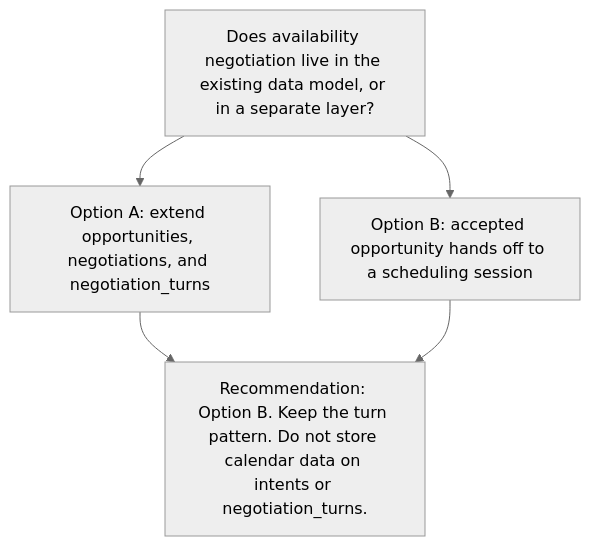
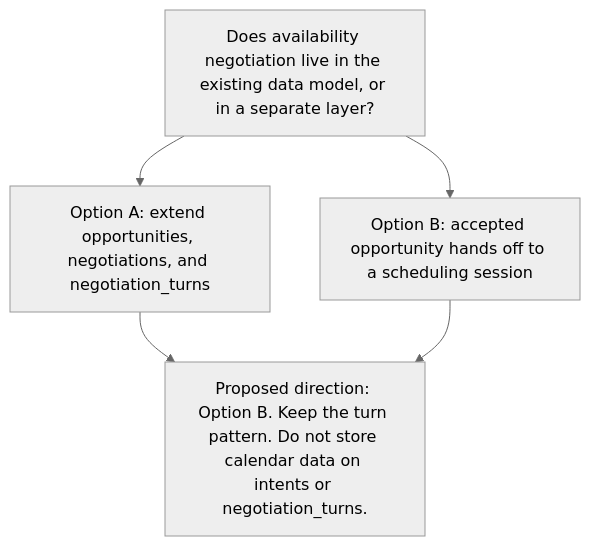
One commit to indexnetwork/index changed the first of 3 diagrams in docs/proposals/time-negotiation.md. Above: the diagram before and after it, drawn with Mermaid (neutral theme). The commit also changed other lines of this file, not shown here.

Commit message:
docs: generalize time-negotiation proposal

````diff
--- a/docs/proposals/time-negotiation.md
+++ b/docs/proposals/time-negotiation.md
@@ -69,11 +65,11 @@
 ```mermaid
 flowchart TB
   Title["Does availability negotiation live in the existing data model, or in a separate layer?"]
   A["Option A: extend opportunities, negotiations, and negotiation_turns"]
   B["Option B: accepted opportunity hands off to a scheduling session"]
   Title --> A
   Title --> B
-  Rec["Recommendation: Option B. Keep the turn pattern. Do not store calendar data on intents or negotiation_turns."]
+  Rec["Proposed direction: Option B. Keep the turn pattern. Do not store calendar data on intents or negotiation_turns."]
   A --> Rec
   B --> Rec
 ```
````
